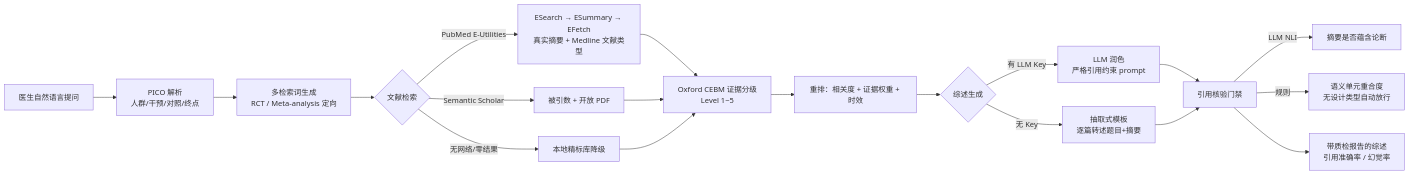
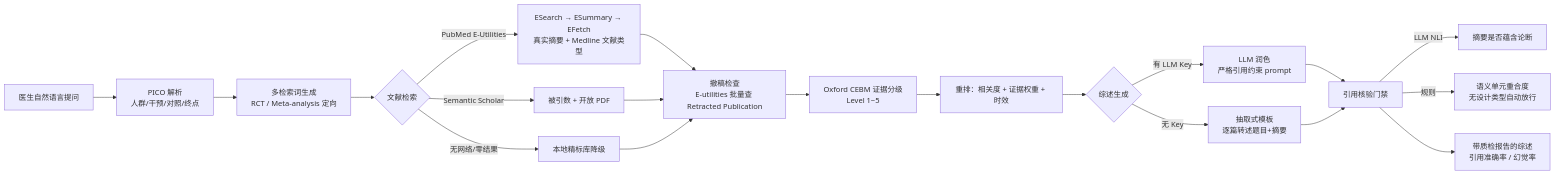
Before and after one commit to Cxx0709/medical-research-agent: the diagram in README.md, drawn with Mermaid. The commit also changed other lines of this file and 10 other files, not shown here.

````diff
--- a/README.md
+++ b/README.md
@@ -18,21 +19,22 @@
 ```mermaid
 flowchart LR
     Q[医生自然语言提问] --> PICO[PICO 解析\n人群/干预/对照/终点]
     PICO --> RT[多检索词生成\nRCT / Meta-analysis 定向]
     RT --> RETR{文献检索}
     RETR -->|PubMed E-Utilities| PM[ESearch → ESummary → EFetch\n真实摘要 + Medline 文献类型]
     RETR -->|Semantic Scholar| S2[被引数 + 开放 PDF]
     RETR -->|无网络/零结果| MK[本地精标库降级]
-    PM --> GR[Oxford CEBM 证据分级\nLevel 1~5]
-    S2 --> GR
-    MK --> GR
+    PM --> RC[撤稿检查\nE-utilities 批量查 Retracted Publication]
+    S2 --> RC
+    MK --> RC
+    RC --> GR[Oxford CEBM 证据分级\nLevel 1~5]
     GR --> RK[重排：相关度 + 证据权重 + 时效]
     RK --> GEN{综述生成}
     GEN -->|有 LLM Key| LLM[LLM 润色\n严格引用约束 prompt]
     GEN -->|无 Key| EXT[抽取式模板\n逐篇转述题目+摘要]
     LLM --> VER[引用核验门禁]
     EXT --> VER
     VER -->|LLM NLI| NLI[摘要是否蕴含论断]
     VER -->|规则| LEX[语义单元重合度\n无设计类型自动放行]
     VER --> OUT[带质检报告的综述\n引用准确率 / 幻觉率]
 ```
````
